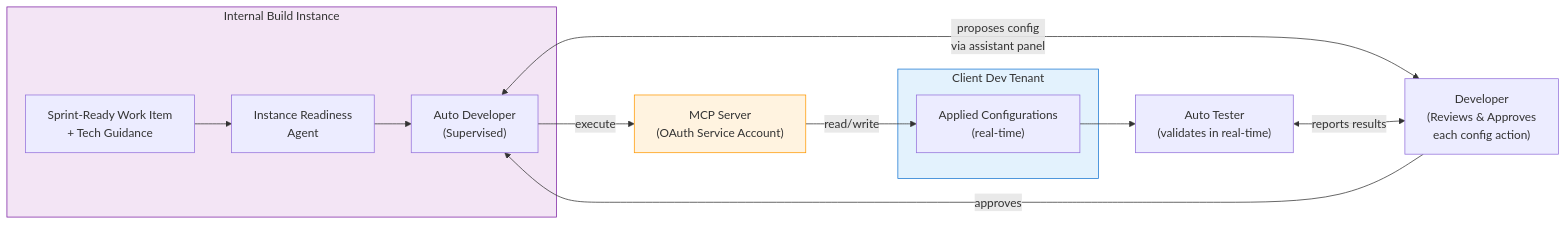
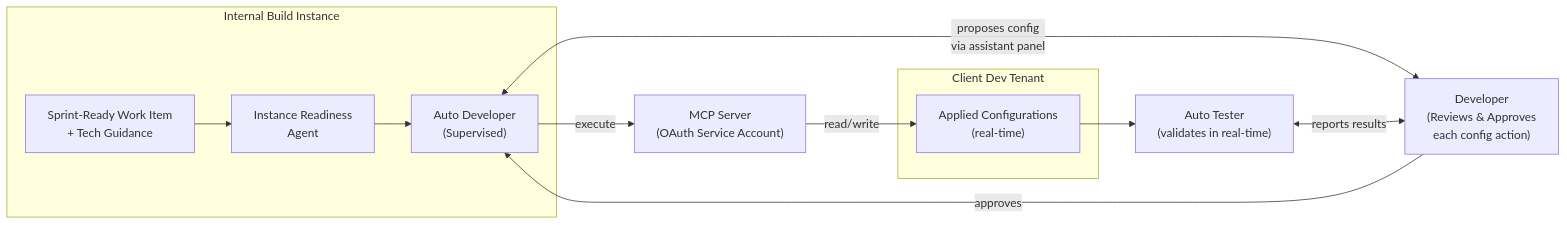
The seventh of 14 diagrams in bytesofpurpose-blog/designs/2026-02-27-autonomous-build-agents.mdx (omars-lab/omars-lab.github.io), drawn with Mermaid before and after one commit. The commit also changed other lines of this file and 6 other files, not shown here.

First line of the commit message:
feat(designs): on-brand mermaid theme + dark-mode-adaptive diagrams

````diff
--- a/bytesofpurpose-blog/designs/2026-02-27-autonomous-build-agents.mdx
+++ b/bytesofpurpose-blog/designs/2026-02-27-autonomous-build-agents.mdx
@@ -579,28 +553,25 @@
 ```mermaid
 flowchart LR
     subgraph BUILD["Internal Build Instance"]
         STORY["Sprint-Ready Work Item<br/>+ Tech Guidance"]
         IRA["Instance Readiness<br/>Agent"]
         ADA["Auto Developer<br/>(Supervised)"]
     end
 
     DEV["Developer<br/>(Reviews & Approves<br/>each config action)"]
     MCP["MCP Server<br/>(OAuth Service Account)"]
 
     subgraph CUSTOMER["Client Dev Tenant"]
         CONFIGS["Applied Configurations<br/>(real-time)"]
     end
 
     STORY --> IRA --> ADA
     ADA <-->|"proposes config<br/>via assistant panel"| DEV
     DEV -->|"approves"| ADA
     ADA -->|"execute"| MCP -->|"read/write"| CONFIGS
 
     ATA["Auto Tester<br/>(validates in real-time)"]
     CONFIGS --> ATA
     ATA <-->|"reports results"| DEV
 
-    style BUILD fill:#f3e5f5,stroke:#7b1fa2
-    style CUSTOMER fill:#e3f2fd,stroke:#1976d2
-    style MCP fill:#fff3e0,stroke:#ff9800
 ```
````
